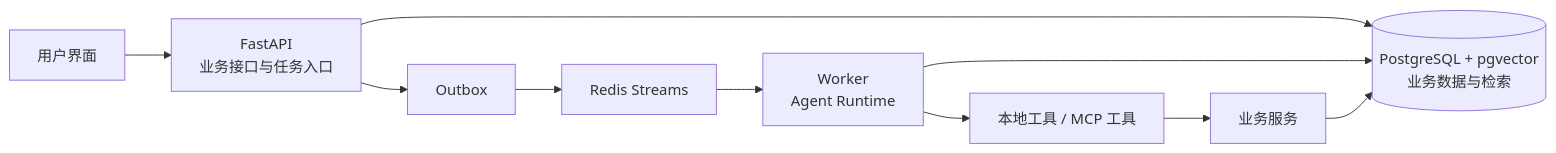
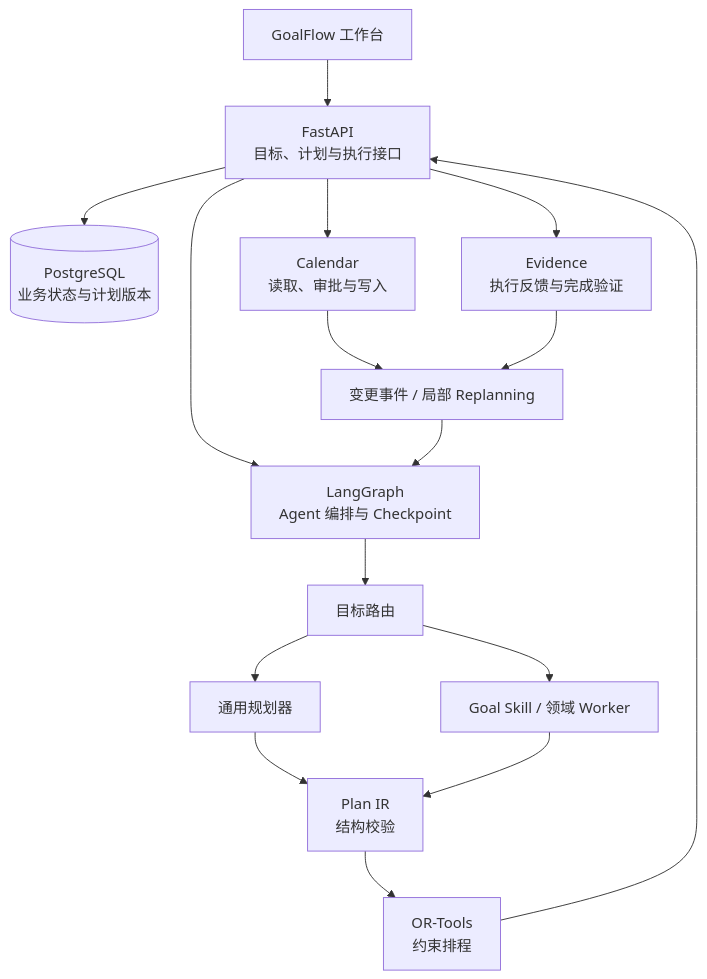
One commit to TianhuaYuan/Career-Workbench changed the second of 2 diagrams in README.md. Above: the diagram before and after it, drawn with Mermaid. The commit also changed other lines of this file, not shown here.

Commit message:
docs: introduce GoalFlow project README

````diff
--- a/README.md
+++ b/README.md
@@ -117,12 +97,18 @@
 ```mermaid
-flowchart LR
-    U[用户界面] --> API[FastAPI<br/>业务接口与任务入口]
-    API --> DB[(PostgreSQL + pgvector<br/>业务数据与检索)]
-    API --> O[Outbox]
-    O --> Q[Redis Streams]
-    Q --> W[Worker<br/>Agent Runtime]
-    W --> DB
-    W --> T[本地工具 / MCP 工具]
-    T --> S[业务服务]
-    S --> DB
+flowchart TB
+    UI[GoalFlow 工作台] --> API[FastAPI<br/>目标、计划与执行接口]
+    API --> DB[(PostgreSQL<br/>业务状态与计划版本)]
+    API --> LG[LangGraph<br/>Agent 编排与 Checkpoint]
+    LG --> RT[目标路由]
+    RT --> GP[通用规划器]
+    RT --> GS[Goal Skill / 领域 Worker]
+    GP --> IR[Plan IR<br/>结构校验]
+    GS --> IR
+    IR --> OPT[OR-Tools<br/>约束排程]
+    OPT --> API
+    API --> CAL[Calendar<br/>读取、审批与写入]
+    API --> EV[Evidence<br/>执行反馈与完成验证]
+    CAL --> RE[变更事件 / 局部 Replanning]
+    EV --> RE
+    RE --> LG
 ```
````
